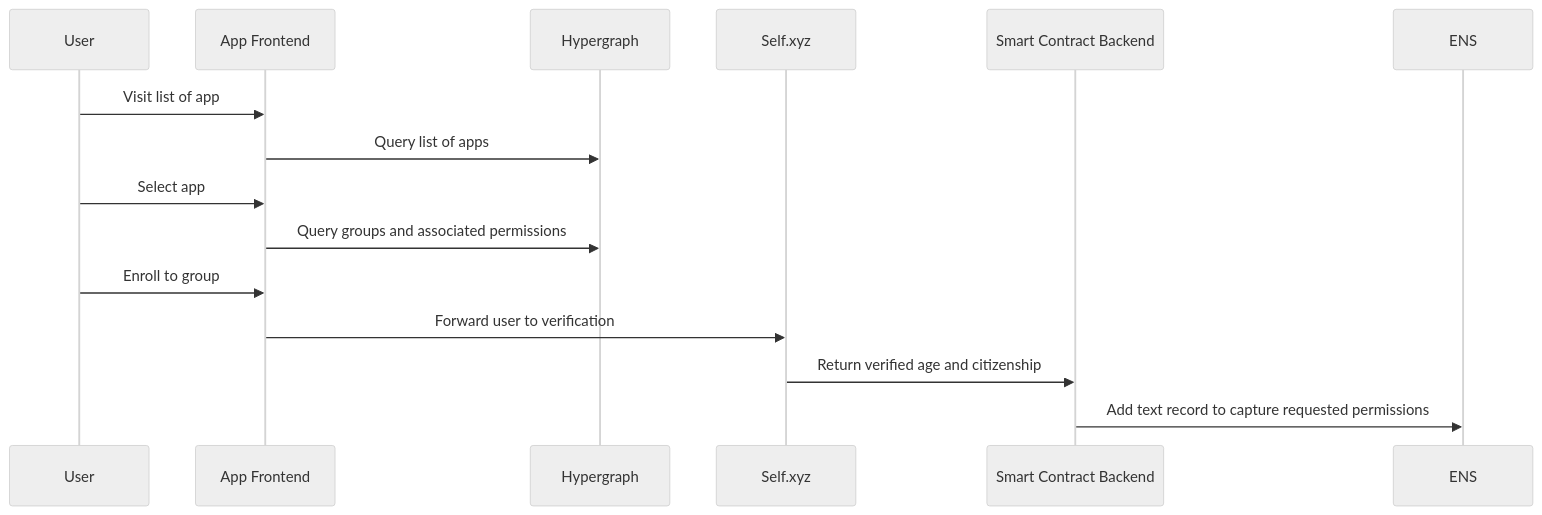
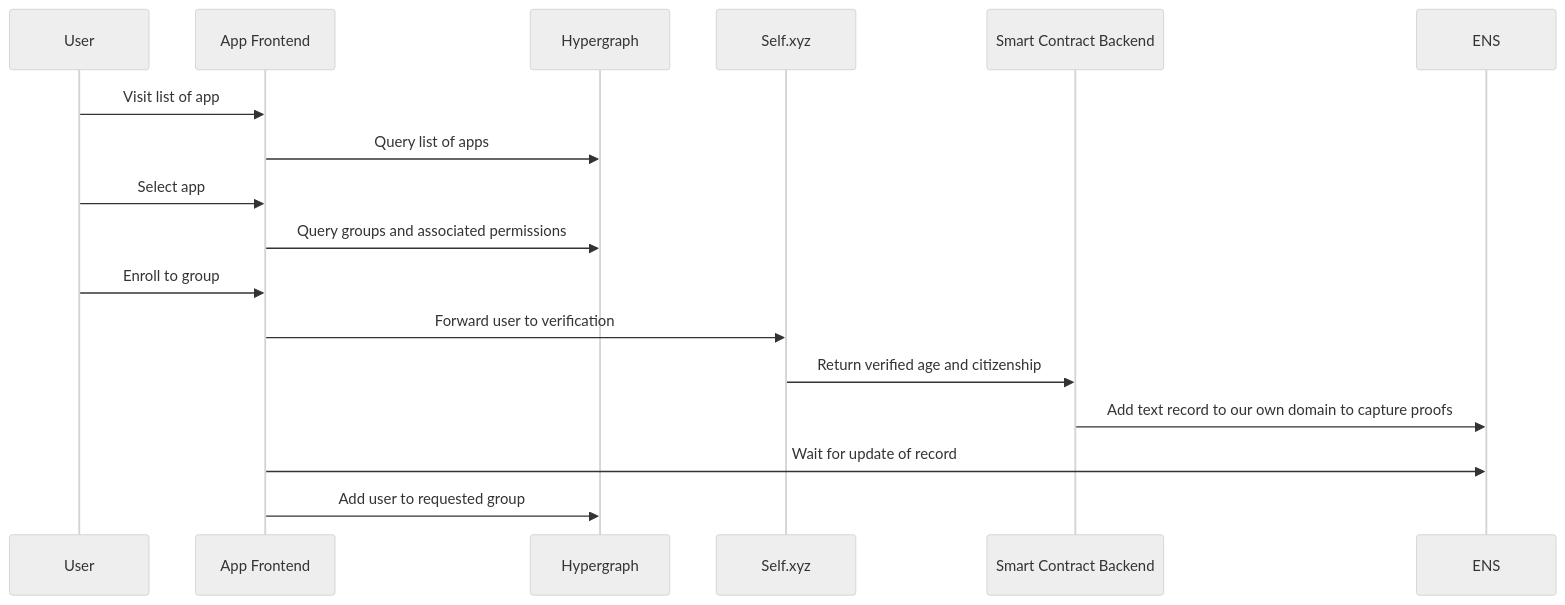
Before and after one commit to mDeisen/ETHCannes2025: the diagram in docs/flow_1.md, drawn with Mermaid (neutral theme). The commit also changed 14 other files, not shown here.

````diff
--- a/docs/flow_1.md
+++ b/docs/flow_1.md
@@ -5,19 +5,20 @@
 ```mermaid
 sequenceDiagram
  participant User
  participant App Frontend
  participant Hypergraph
  participant Self.xyz
  participant Smart Contract Backend
  participant ENS
 
  User->>App Frontend: Visit list of app
  App Frontend->>Hypergraph: Query list of apps
  User->>App Frontend: Select app
  App Frontend->>Hypergraph: Query groups and associated permissions
  User->>App Frontend: Enroll to group
  App Frontend->>Self.xyz: Forward user to verification
  Self.xyz->>Smart Contract Backend: Return verified age and citizenship
- Smart Contract Backend->>ENS: Add text record to capture requested permissions
-
+ Smart Contract Backend->>ENS: Add text record to our own domain to capture proofs
+ App Frontend->>ENS: Wait for update of record
+ App Frontend->>Hypergraph: Add user to requested group
 ```
````
